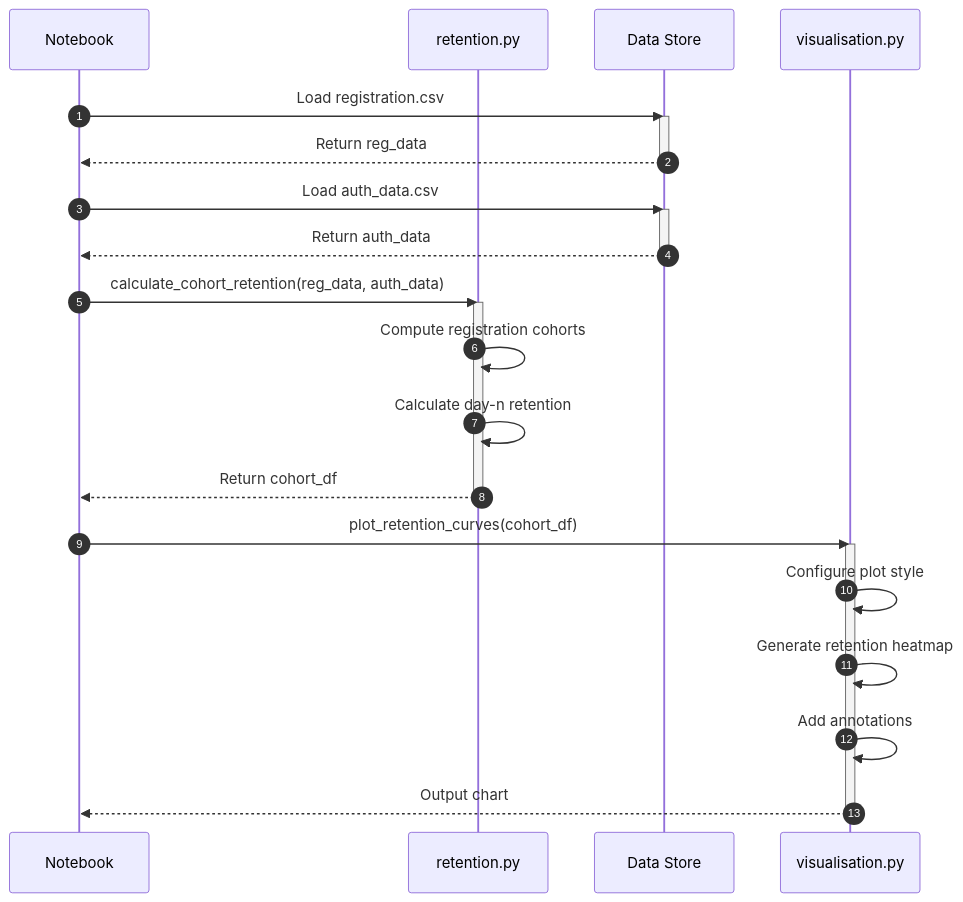
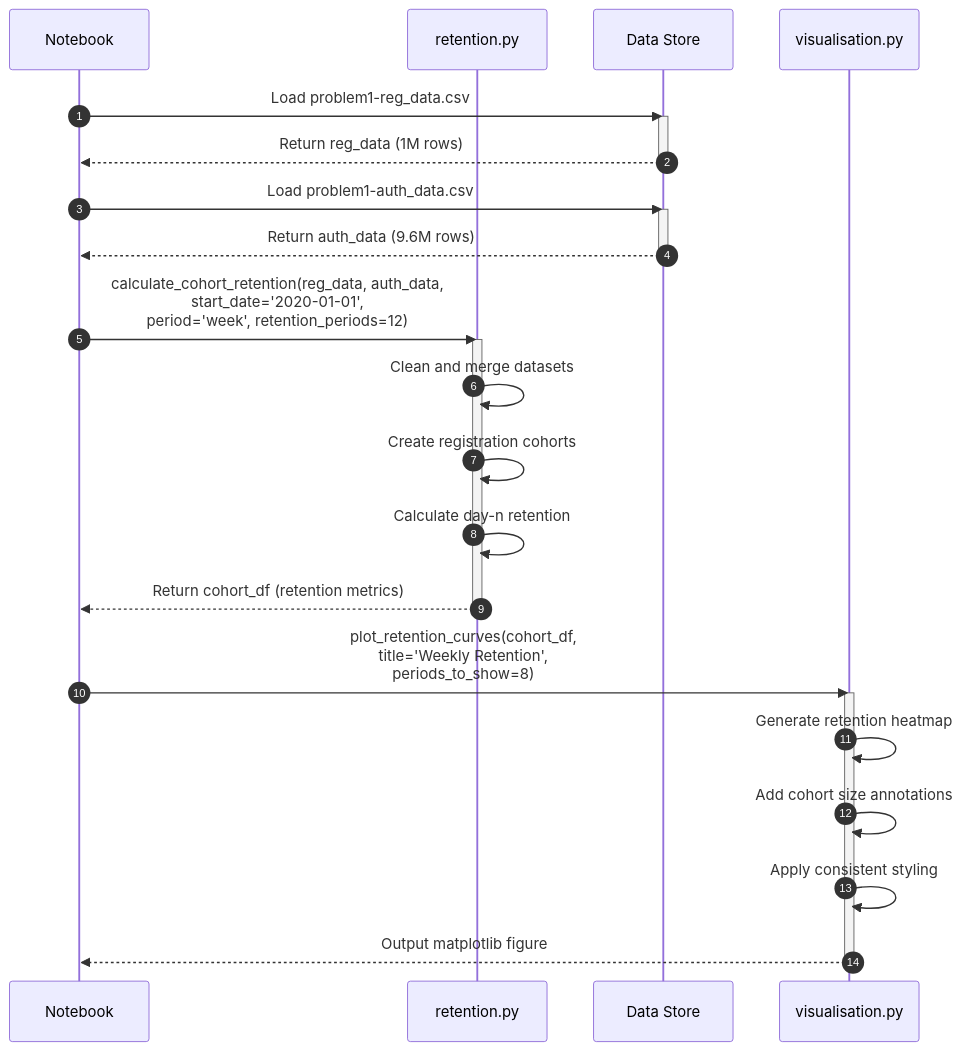
Before and after one commit to AleksandrVinnik/Cohort_Retention_and_Poisson_Bootstrap: the first of 6 diagrams in README.md, drawn with Mermaid. The commit also changed other lines of this file, not shown here.

Commit message:
Readme file has been updated

````diff
--- a/README.md
+++ b/README.md
@@ -13,33 +13,34 @@
 ```mermaid
 sequenceDiagram
     autonumber
     participant J as Notebook
     participant R as retention.py
     participant D as Data Store
     participant V as visualisation.py
     
-    J->>D: Load registration.csv
+    J->>D: Load problem1-reg_data.csv
     activate D
-    D-->>J: Return reg_data
+    D-->>J: Return reg_data (1M rows)
     deactivate D
     
-    J->>D: Load auth_data.csv
+    J->>D: Load problem1-auth_data.csv
     activate D
-    D-->>J: Return auth_data
+    D-->>J: Return auth_data (9.6M rows)
     deactivate D
     
-    J->>R: calculate_cohort_retention(reg_data, auth_data)
+    J->>R: calculate_cohort_retention(reg_data, auth_data,<br>start_date='2020-01-01',<br>period='week', retention_periods=12)
     activate R
-    R->>R: Compute registration cohorts
+    R->>R: Clean and merge datasets
+    R->>R: Create registration cohorts
     R->>R: Calculate day-n retention
-    R-->>J: Return cohort_df
+    R-->>J: Return cohort_df (retention metrics)
     deactivate R
     
-    J->>V: plot_retention_curves(cohort_df)
+    J->>V: plot_retention_curves(cohort_df,<br>title='Weekly Retention',<br>periods_to_show=8)
     activate V
-    V->>V: Configure plot style
     V->>V: Generate retention heatmap
-    V->>V: Add annotations
-    V-->>J: Output chart
+    V->>V: Add cohort size annotations
+    V->>V: Apply consistent styling
+    V-->>J: Output matplotlib figure
     deactivate V
 ```
````
